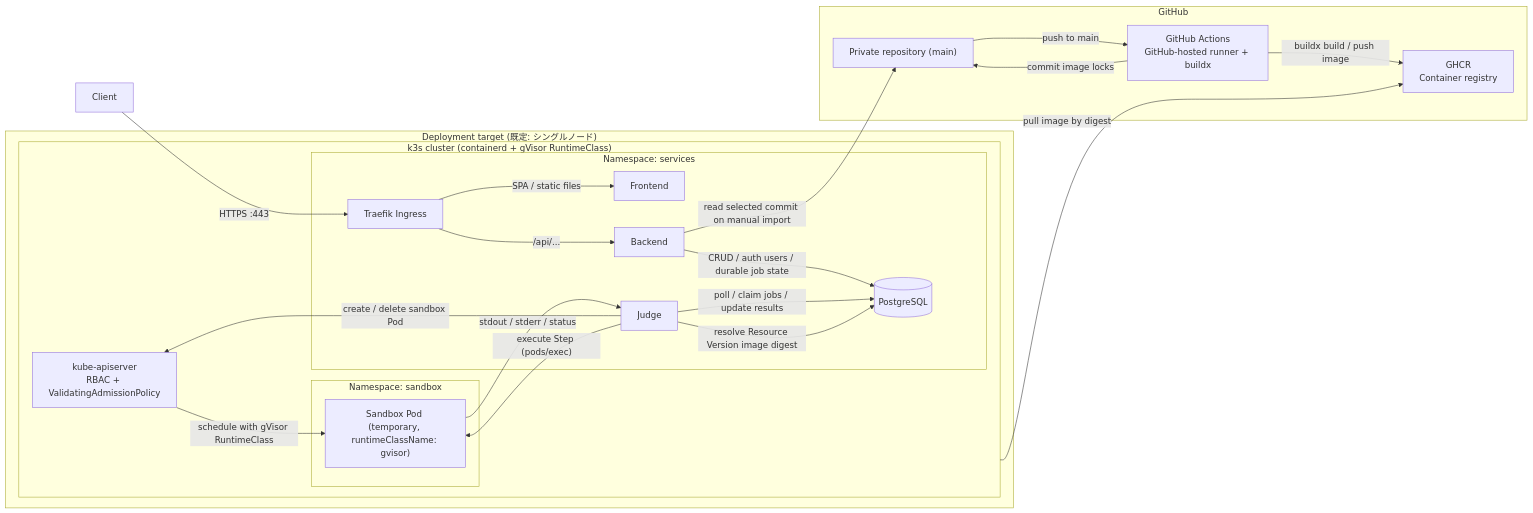
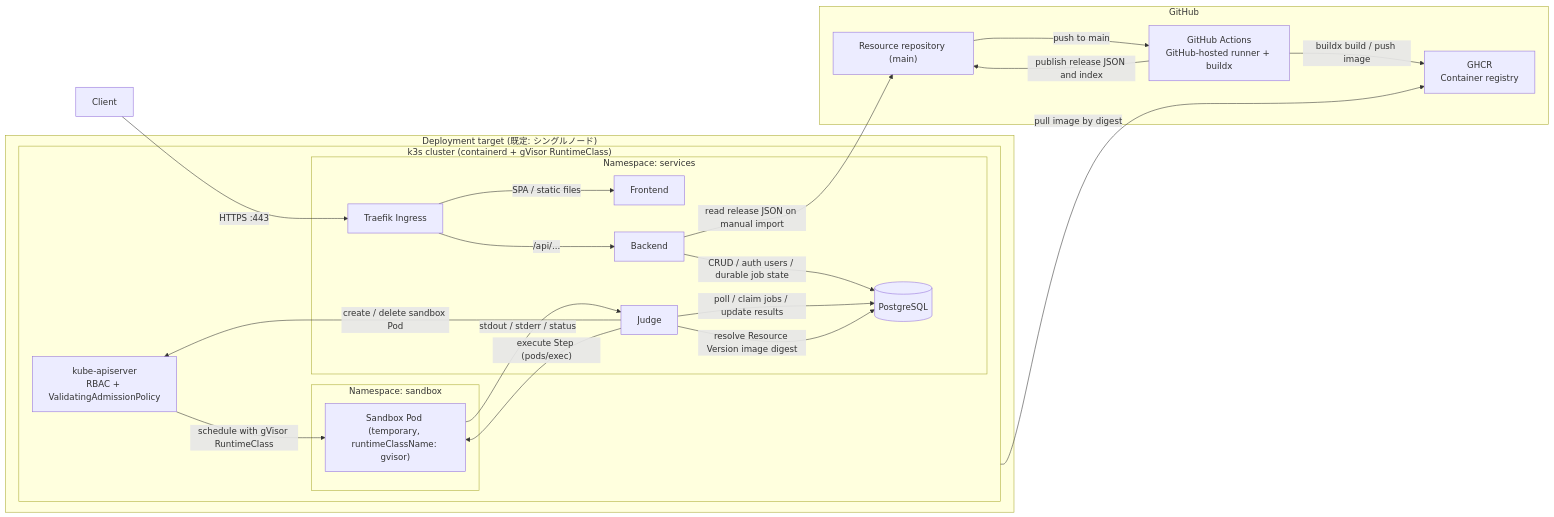
The diagram in docs/spec/README.md (dsa-uts/dsa-project), drawn with Mermaid before and after one commit. The commit also changed other lines of this file and 8 other files, not shown here.

````diff
--- a/docs/spec/README.md
+++ b/docs/spec/README.md
@@ -70,47 +75,47 @@
 ```mermaid
 flowchart LR
   client[Client]
 
   subgraph github["GitHub"]
-    repo["Private repository (main)"]
+    repo["Resource repository (main)"]
     gha["GitHub Actions<br/>GitHub-hosted runner + buildx"]
     ghcr["GHCR<br/>Container registry"]
   end
 
   subgraph host["Deployment target (既定: シングルノード)"]
     subgraph k3s["k3s cluster (containerd + gVisor RuntimeClass)"]
       api["kube-apiserver<br/>RBAC + ValidatingAdmissionPolicy"]
 
       subgraph nsServices["Namespace: services"]
         IG[Traefik Ingress]
         FE[Frontend]
         BE[Backend]
         DB[(PostgreSQL)]
         JD[Judge]
       end
 
       subgraph nsSandbox["Namespace: sandbox"]
         sandbox["Sandbox Pod (temporary, runtimeClassName: gvisor)"]
       end
     end
   end
 
   repo -->|push to main| gha
   gha -->|buildx build / push image| ghcr
-  gha -->|commit image locks| repo
-  BE -->|read selected commit on manual import| repo
+  gha -->|publish release JSON and index| repo
+  BE -->|read release JSON on manual import| repo
 
   client -->|HTTPS :443| IG
   IG -->|SPA / static files| FE
   IG -->|/api/...| BE
 
   BE -->|CRUD / auth users / durable job state| DB
 
   JD -->|poll / claim jobs / update results| DB
   JD -->|resolve Resource Version image digest| DB
   JD -->|create / delete sandbox Pod| api
   api -->|schedule with gVisor RuntimeClass| sandbox
   k3s -->|pull image by digest| ghcr
   JD -->|"execute Step (pods/exec)"| sandbox
   sandbox -->|stdout / stderr / status| JD
 ```
````
